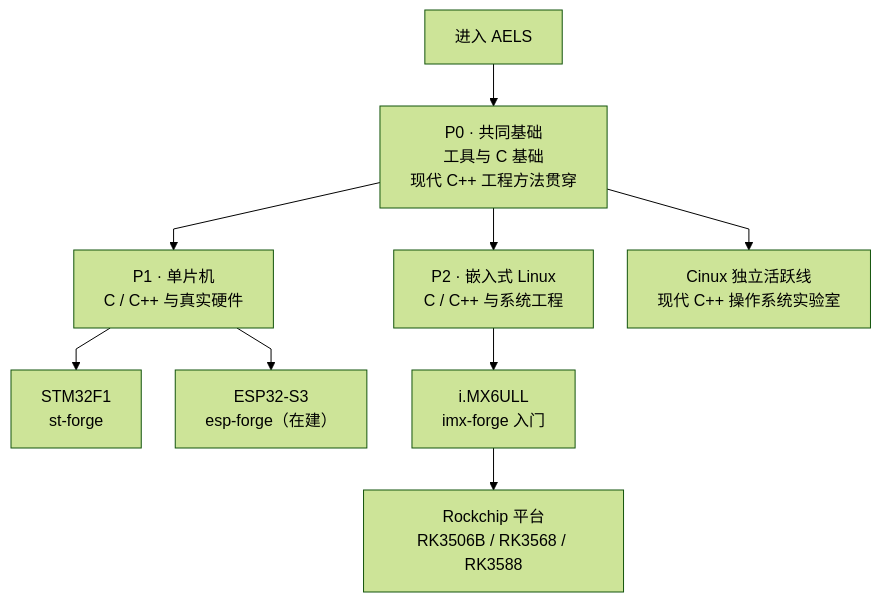
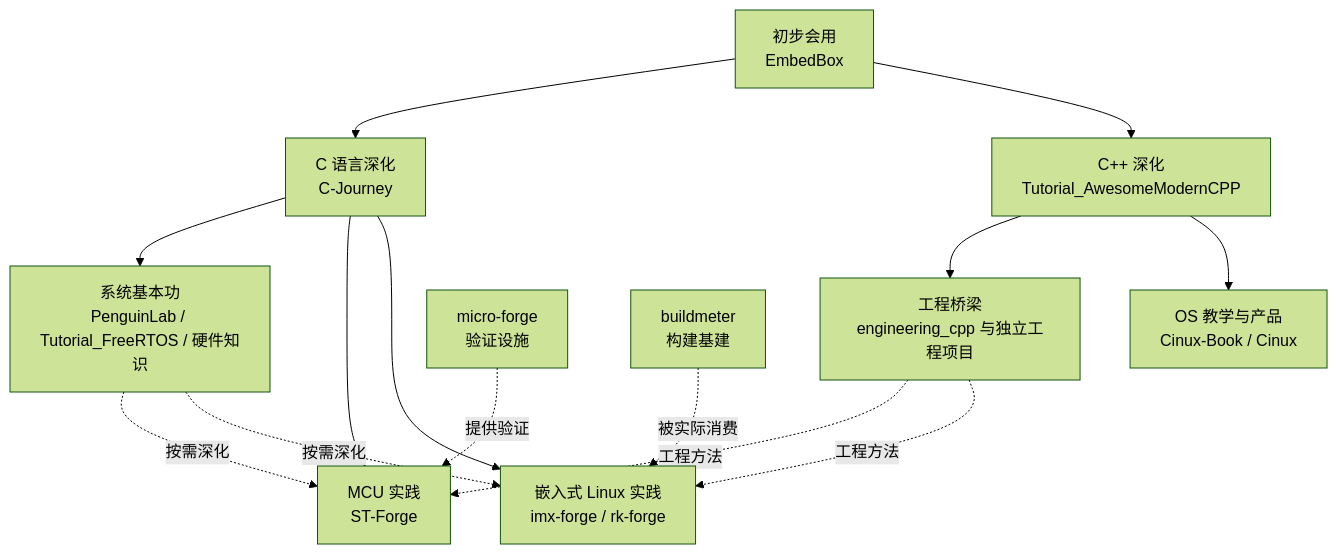
One commit to Awesome-Embedded-Learning-Studio/Awesome-Embedded changed the diagram in document/roadmap/index.md. Above: the diagram before and after it, drawn with Mermaid (forest theme). The commit also changed other lines of this file and 69 other files, not shown here.

````diff
--- a/document/roadmap/index.md
+++ b/document/roadmap/index.md
@@ -12,22 +9,19 @@
 ```mermaid
-%%{init: {
-  "flowchart": {
-    "curve": "linear",
-    "nodeSpacing": 34,
-    "rankSpacing": 42
-  }
-}}%%
+flowchart TB
+    START["初步会用<br/>EmbedBox"] --> C["C 语言深化<br/>C-Journey"]
+    START --> CPP["C++ 深化<br/>Tutorial_AwesomeModernCPP"]
 
-flowchart TB
-    START["进入 AELS"] --> P0["P0 · 共同基础<br/>工具与 C 基础<br/>现代 C++ 工程方法贯穿"]
+    C --> SYS["系统基本功<br/>PenguinLab / Tutorial_FreeRTOS / 硬件知识"]
+    CPP --> ENG["工程桥梁<br/>engineering_cpp 与独立工程项目"]
 
-    P0 --> P1["P1 · 单片机<br/>C / C++ 与真实硬件"]
-    P0 --> P2["P2 · 嵌入式 Linux<br/>C / C++ 与系统工程"]
-    P0 --> CINUX["Cinux 独立活跃线<br/>现代 C++ 操作系统实验室"]
+    C --> MCU["MCU 实践<br/>ST-Forge"]
+    C --> ELINUX["嵌入式 Linux 实践<br/>imx-forge / rk-forge"]
+    CPP --> CINUX["OS 教学与产品<br/>Cinux-Book / Cinux"]
+    SYS -. 按需深化 .-> MCU
+    SYS -. 按需深化 .-> ELINUX
+    ENG -. 工程方法 .-> MCU
+    ENG -. 工程方法 .-> ELINUX
 
-    P1 --> ST["STM32F1<br/>st-forge"]
-    P1 --> ESP["ESP32-S3<br/>esp-forge（在建）"]
-
-    P2 --> IMX["i.MX6ULL<br/>imx-forge 入门"]
-    IMX --> RK["Rockchip 平台<br/>RK3506B / RK3568 / RK3588"]
+    SIM["micro-forge<br/>验证设施"] -. 提供验证 .-> MCU
+    BM["buildmeter<br/>构建基建"] -. 被实际消费 .-> ELINUX
 ```
````
